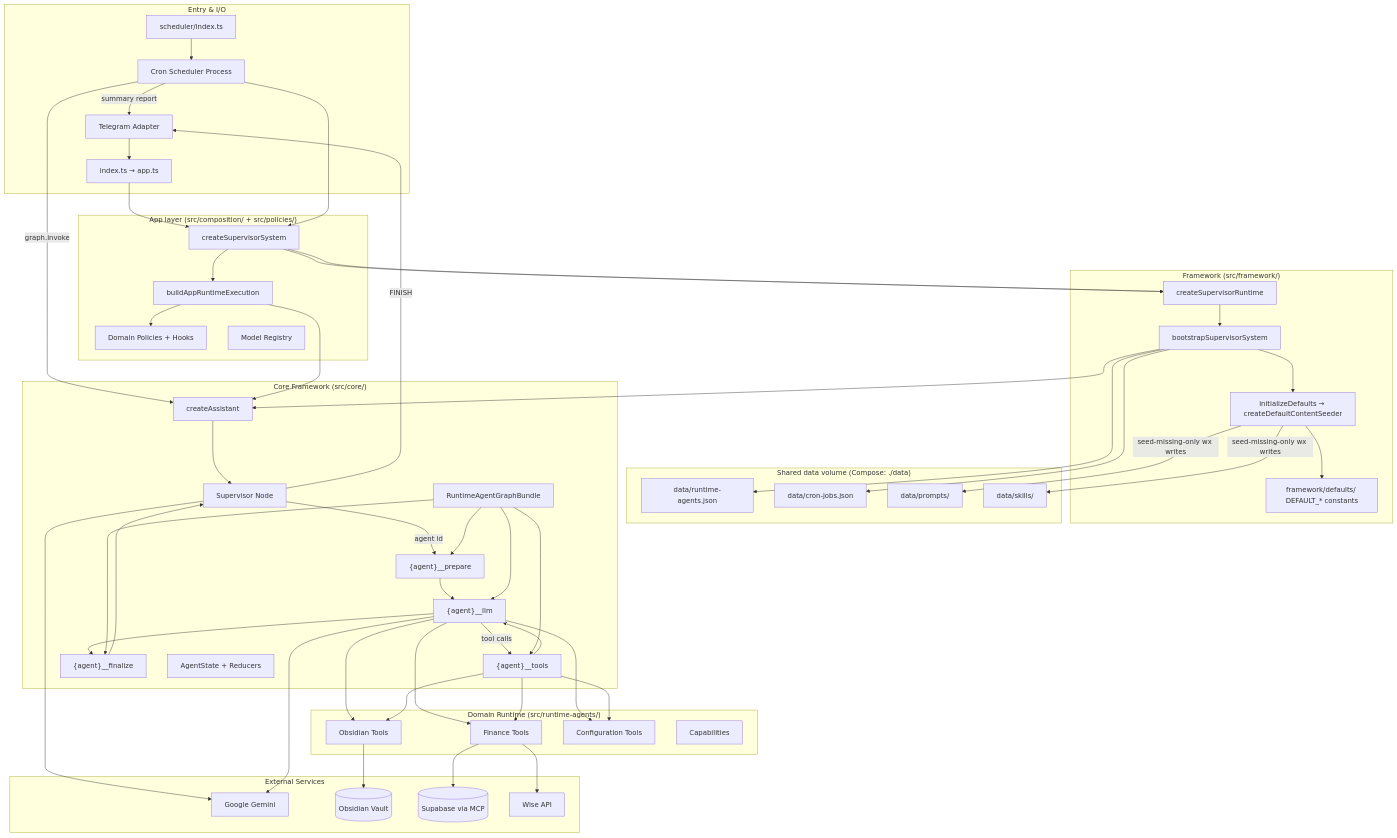
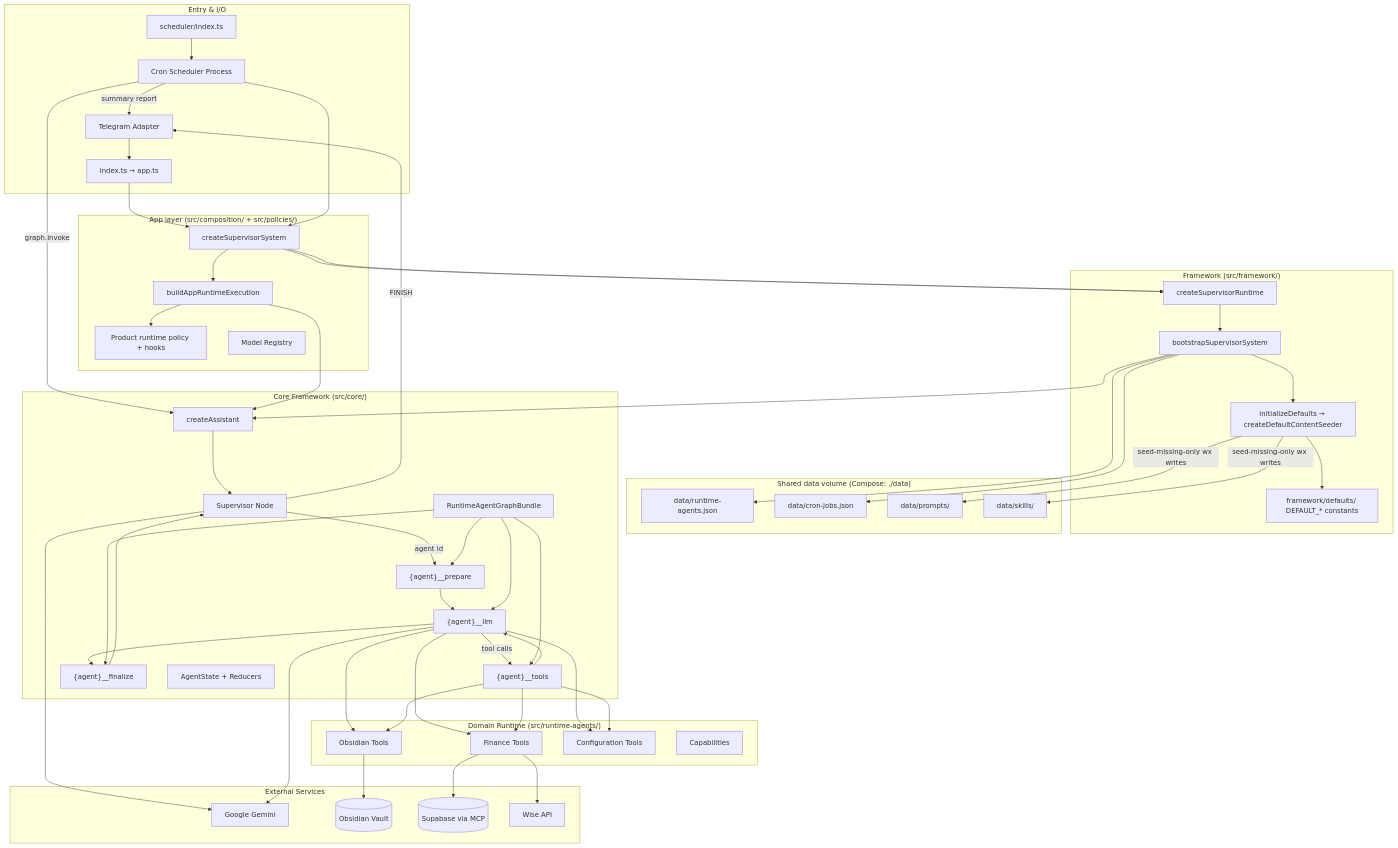
The first of 2 diagrams in docs/ARCHITECTURE.md (slnnzmtl/langgraph-personal-assistant), drawn with Mermaid before and after one commit. The commit also changed other lines of this file and 62 other files, not shown here.

Commit message:
refactor: update personal assistant's dependency management and runtime policies, enhance integration structure, and improve session handling across various components

````diff
--- a/docs/ARCHITECTURE.md
+++ b/docs/ARCHITECTURE.md
@@ -33,81 +33,81 @@
 ```mermaid
 flowchart TB
     subgraph Entry["Entry & I/O"]
         TG[Telegram Adapter]
         CRON[Cron Scheduler Process]
         IDX[index.ts → app.ts]
         CRIDX[scheduler/index.ts]
     end
 
     subgraph AppLayer["App layer (src/composition/ + src/policies/)"]
         WFC[createSupervisorSystem]
         KIT[buildAppRuntimeExecution]
-        POL[Domain Policies + Hooks]
+        POL[Product runtime policy + hooks]
         MR[Model Registry]
     end
 
     subgraph FrameworkLayer["Framework (src/framework/)"]
         RUNTIME[createSupervisorRuntime]
         BOOT[bootstrapSupervisorSystem]
         SEED[initializeDefaults → createDefaultContentSeeder]
         DEF[framework/defaults/ DEFAULT_* constants]
     end
 
     subgraph DataLayer["Shared data volume (Compose: ./data)"]
         RA[data/runtime-agents.json]
         CJ[data/cron-jobs.json]
         PR[data/prompts/]
         SK[data/skills/]
     end
 
     subgraph Core["Core Framework (src/core/)"]
         CA[createAssistant]
         SUP[Supervisor Node]
         PREP["{agent}__prepare"]
         LLM["{agent}__llm"]
         TOOLS["{agent}__tools"]
         FINN["{agent}__finalize"]
         BUNDLE[RuntimeAgentGraphBundle]
         STATE[AgentState + Reducers]
     end
 
     subgraph Runtime["Domain Runtime (src/runtime-agents/)"]
         FIN[Finance Tools]
         OBS[Obsidian Tools]
         CFG[Configuration Tools]
         BUND[Capabilities]
     end
 
     subgraph External["External Services"]
         GEMINI[Google Gemini]
         VAULT[(Obsidian Vault)]
         SB[(Supabase via MCP)]
         WISE[Wise API]
     end
 
     TG --> IDX --> WFC --> RUNTIME --> BOOT --> CA
     CRIDX --> CRON
     CRON --> WFC
     WFC --> RUNTIME
     CRON -->|graph.invoke| CA
     CRON -->|summary report| TG
     WFC --> KIT --> CA
     KIT --> POL
     BOOT --> SEED
     SEED --> DEF
     SEED -->|seed-missing-only wx writes| PR & SK
     BOOT --> RA & CJ
     CA --> SUP
     SUP -->|agent id| PREP
     PREP --> LLM
     LLM -->|tool calls| TOOLS
     TOOLS --> LLM
     LLM --> FINN
     FINN --> SUP
     SUP -->|FINISH| TG
     BUNDLE --> PREP & LLM & TOOLS & FINN
     LLM & TOOLS --> FIN & OBS & CFG
     FIN --> SB & WISE
     OBS --> VAULT
     SUP & LLM --> GEMINI
 ```
````
